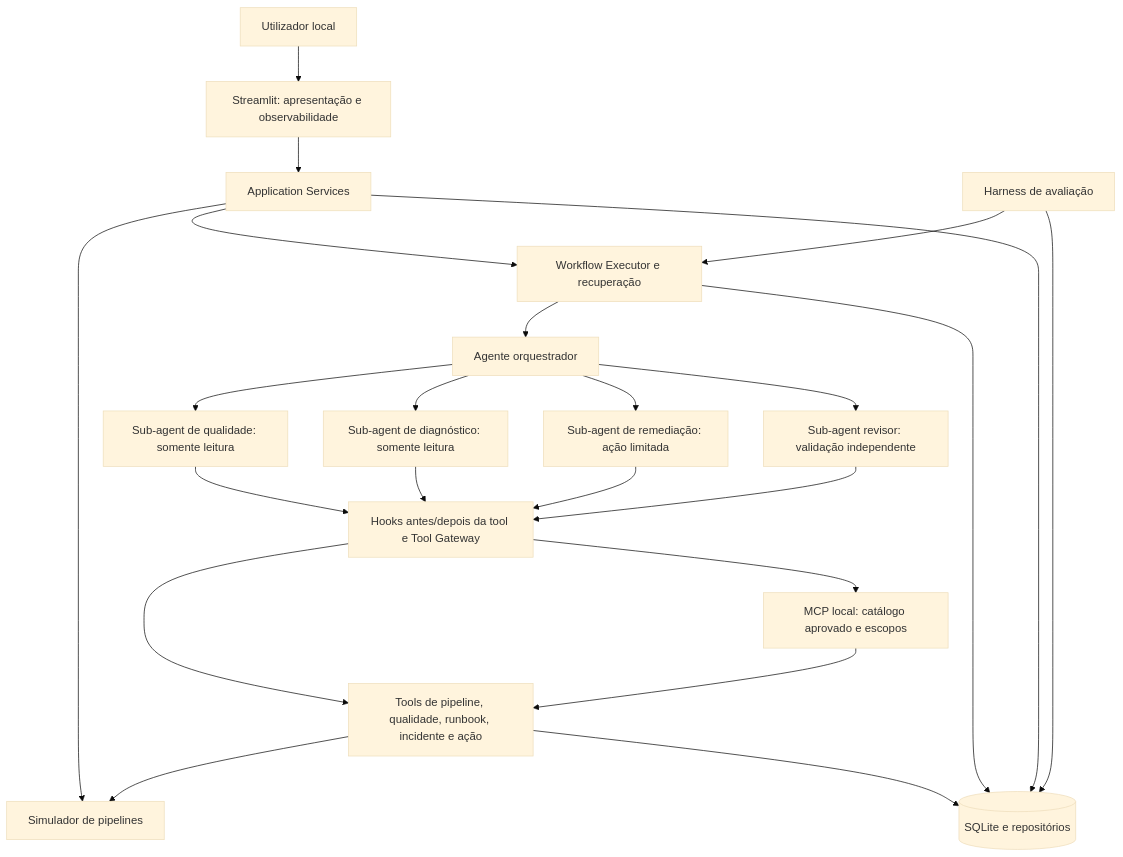
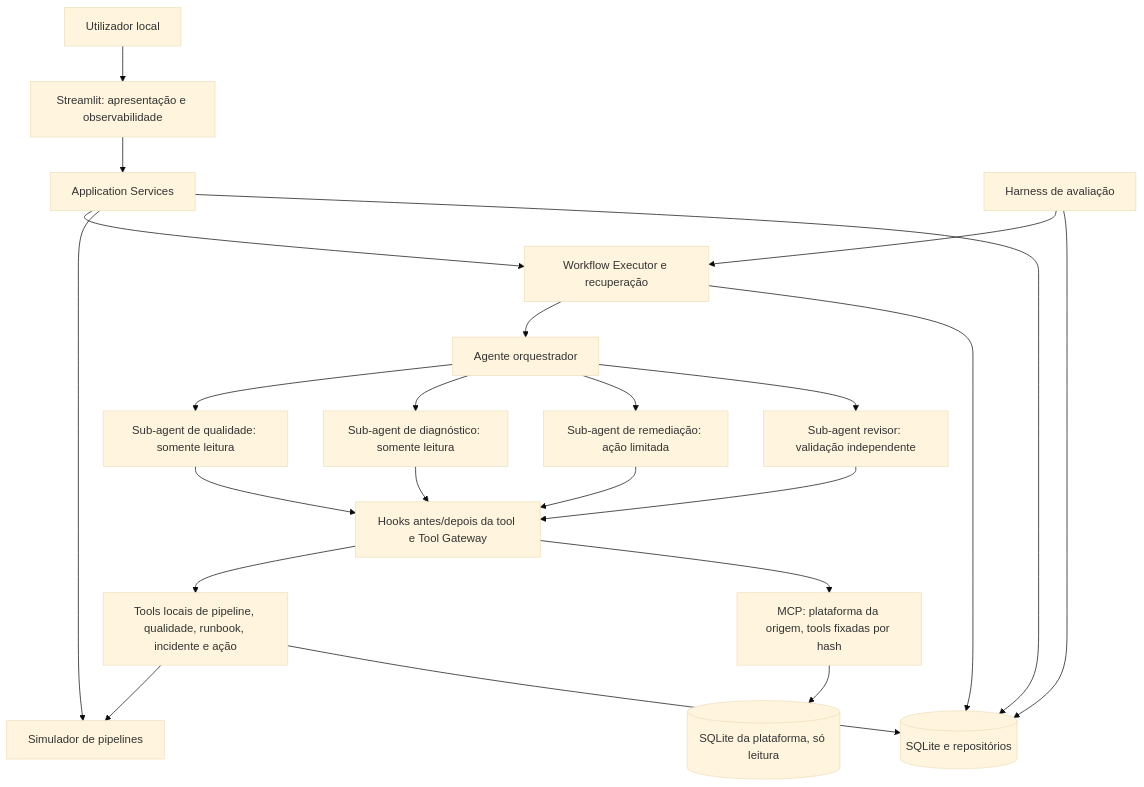
The first of 2 diagrams in projects/agentic-data-quality/proposta-arquitetura.md (Mata704/gen-ai-course), drawn with Mermaid (base theme) before and after one commit. The commit also changed other lines of this file and 42 other files, not shown here.

Commit message:
MCP tools rules

````diff
--- a/projects/agentic-data-quality/proposta-arquitetura.md
+++ b/projects/agentic-data-quality/proposta-arquitetura.md
@@ -131,25 +132,25 @@
 ```mermaid
 flowchart TB
     U[Utilizador local] --> UI[Streamlit: apresentação e observabilidade]
     UI --> APP[Application Services]
     APP --> WF[Workflow Executor e recuperação]
     APP --> SIM[Simulador de pipelines]
     WF --> ORQ[Agente orquestrador]
     ORQ --> QI[Sub-agent de qualidade: somente leitura]
     ORQ --> PD[Sub-agent de diagnóstico: somente leitura]
     ORQ --> REM[Sub-agent de remediação: ação limitada]
     ORQ --> REV[Sub-agent revisor: validação independente]
     QI --> G[Hooks antes/depois da tool e Tool Gateway]
     PD --> G
     REM --> G
     REV --> G
-    G --> TOOLS[Tools de pipeline, qualidade, runbook, incidente e ação]
-    G --> MCP[MCP local: catálogo aprovado e escopos]
-    MCP --> TOOLS
+    G --> TOOLS[Tools locais de pipeline, qualidade, runbook, incidente e ação]
+    G --> MCP[MCP: plataforma da origem, tools fixadas por hash]
+    MCP --> EXT[(SQLite da plataforma, só leitura)]
     TOOLS --> SIM
     TOOLS --> DB[(SQLite e repositórios)]
     WF --> DB
     APP --> DB
     RUN[Harness de avaliação] --> WF
     RUN --> DB
 ```
````
